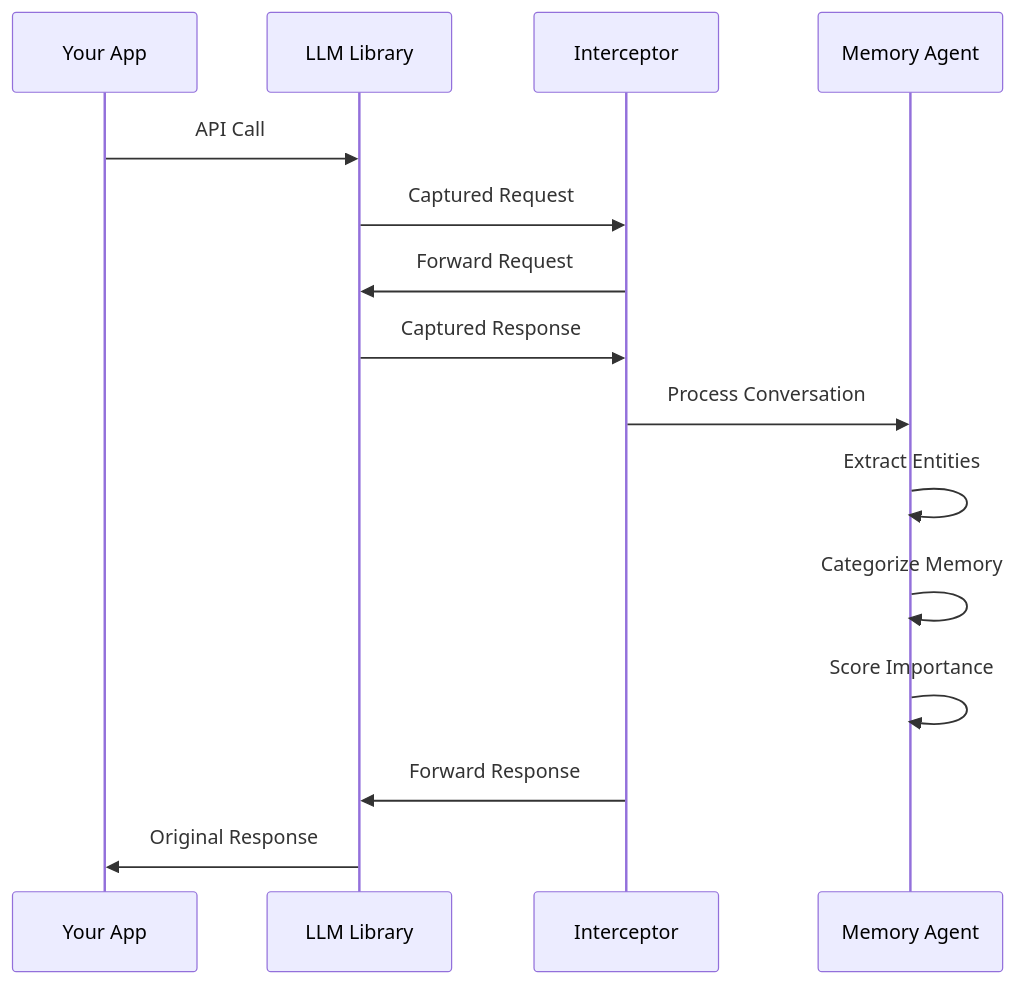
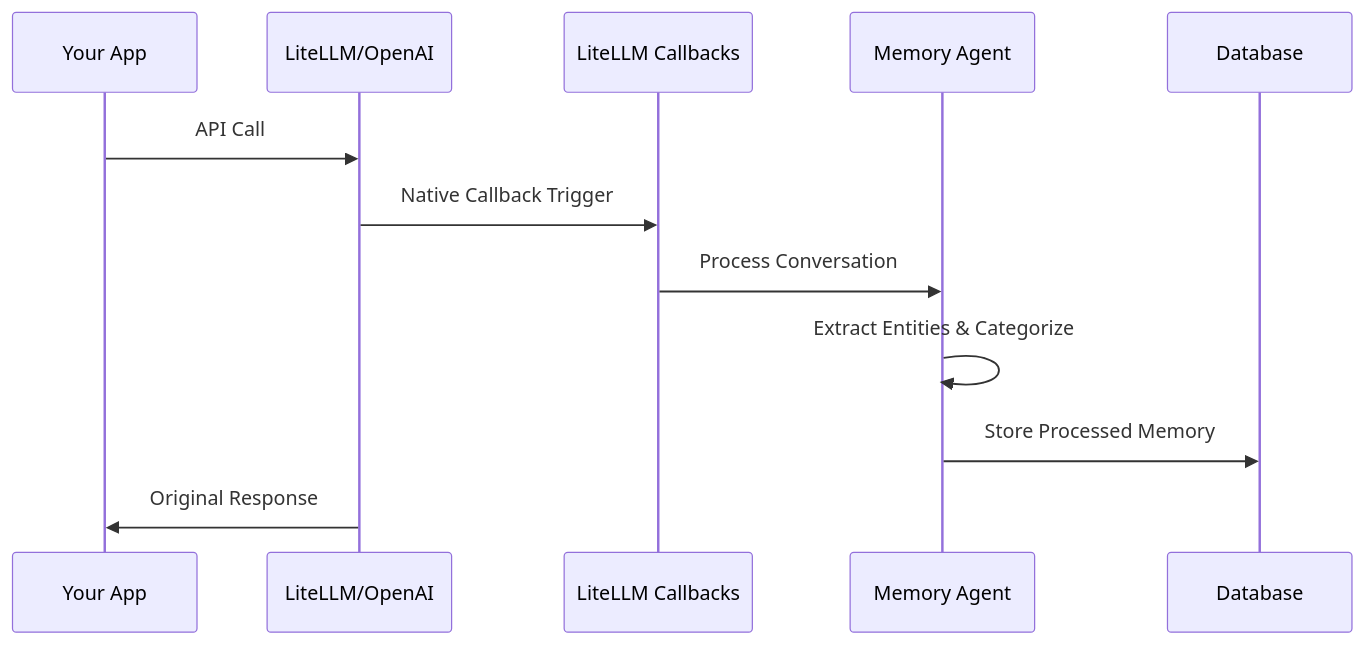
The second of 5 diagrams in docs/open-source/architecture.md (vishalbelsare/memori), drawn with Mermaid before and after one commit. The commit also changed other lines of this file and 9 other files, not shown here.

````diff
--- a/docs/open-source/architecture.md
+++ b/docs/open-source/architecture.md
@@ -157,18 +248,15 @@
 ```mermaid
 sequenceDiagram
     participant App as Your App
-    participant LLM as LLM Library
-    participant Int as Interceptor
+    participant LLM as LiteLLM/OpenAI
+    participant CB as LiteLLM Callbacks
     participant Mem as Memory Agent
+    participant DB as Database
     
     App->>LLM: API Call
-    LLM->>Int: Captured Request
-    Int->>LLM: Forward Request
-    LLM->>Int: Captured Response
-    Int->>Mem: Process Conversation
-    Mem->>Mem: Extract Entities
-    Mem->>Mem: Categorize Memory
-    Mem->>Mem: Score Importance
-    Int->>LLM: Forward Response
+    LLM->>CB: Native Callback Trigger
+    CB->>Mem: Process Conversation
+    Mem->>Mem: Extract Entities & Categorize
+    Mem->>DB: Store Processed Memory
     LLM->>App: Original Response
 ```
````
